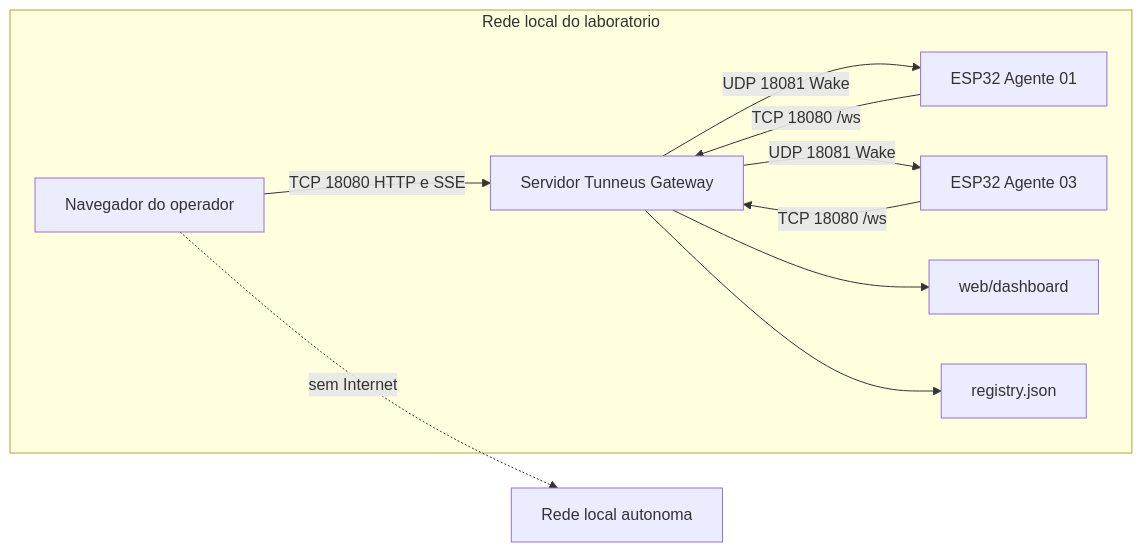
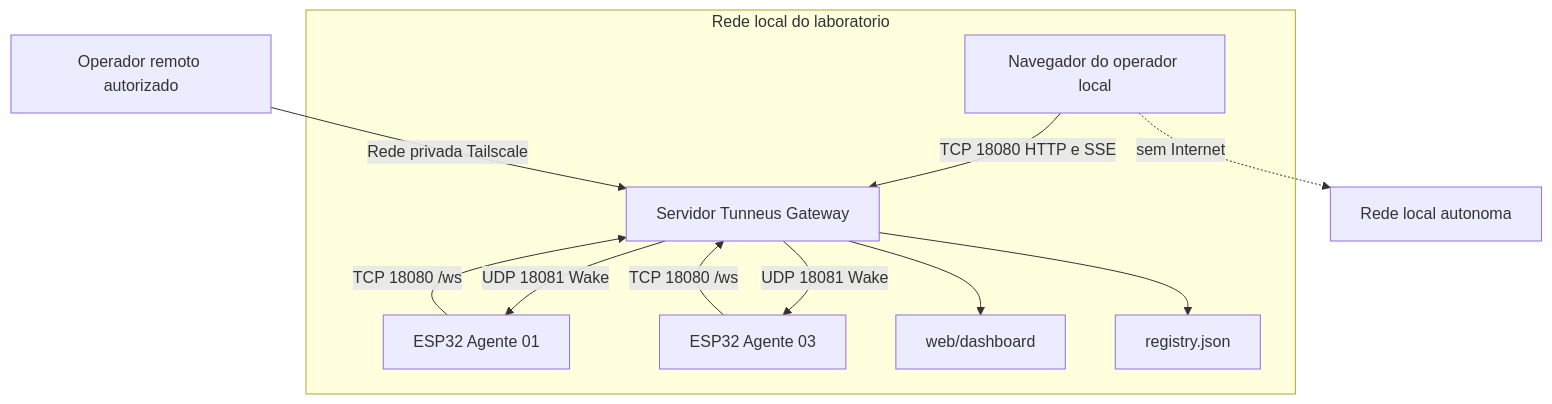
One commit to EliasCaua0/tunneus-gateway changed the diagram in docs/12-api-e-implantacao.md. Above: the diagram before and after it, drawn with Mermaid. The commit also changed other lines of this file and 4 other files, not shown here.

Commit message:
Documenta bancada real e acesso remoto Tailscale

````diff
--- a/docs/12-api-e-implantacao.md
+++ b/docs/12-api-e-implantacao.md
@@ -58,13 +59,14 @@
 ```mermaid
-flowchart LR
+flowchart TB
  subgraph LAN[Rede local do laboratorio]
-  B[Navegador do operador] -->|TCP 18080 HTTP e SSE| S[Servidor Tunneus Gateway]
+  B[Navegador do operador local] -->|TCP 18080 HTTP e SSE| S[Servidor Tunneus Gateway]
   S -->|UDP 18081 Wake| A1[ESP32 Agente 01]
   S -->|UDP 18081 Wake| A3[ESP32 Agente 03]
   A1 -->|TCP 18080 /ws| S
   A3 -->|TCP 18080 /ws| S
   S --> F[web/dashboard]
   S --> R[registry.json]
  end
+ U[Operador remoto autorizado] -->|Rede privada Tailscale| S
  B -.sem Internet.-> L[Rede local autonoma]
 ```
````
